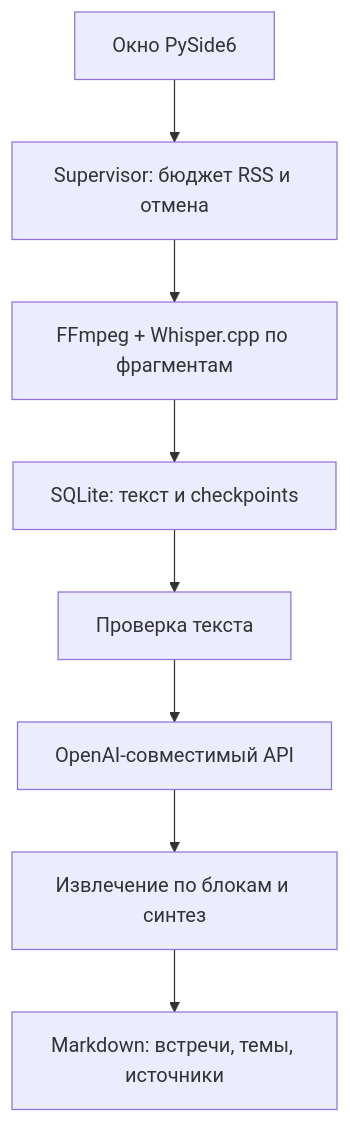
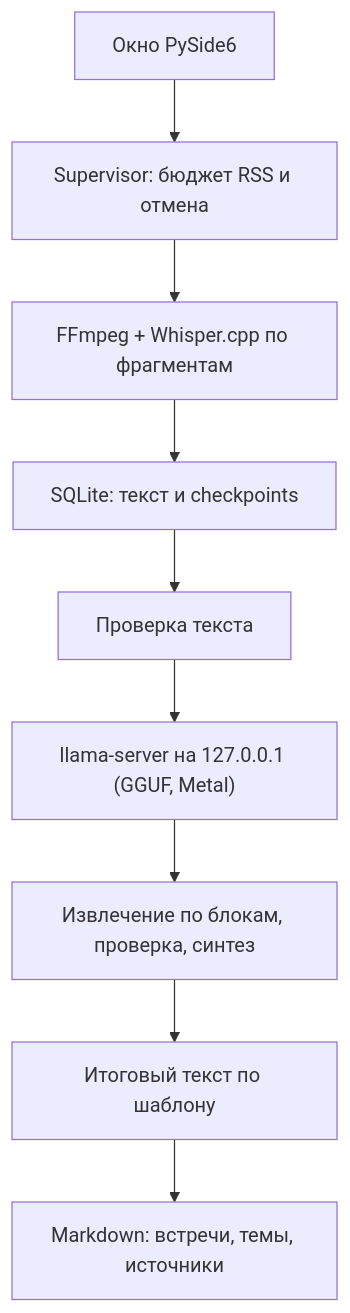
One commit to Igibaev/samarizator changed the diagram in docs/architecture.md. Above: the diagram before and after it, drawn with Mermaid. The commit also changed other lines of this file and 7 other files, not shown here.

````diff
--- a/docs/architecture.md
+++ b/docs/architecture.md
@@ -3,10 +3,11 @@
 ```mermaid
 flowchart TD
     UI["Окно PySide6"] --> W["Supervisor: бюджет RSS и отмена"]
     W --> A["FFmpeg + Whisper.cpp по фрагментам"]
     A --> DB["SQLite: текст и checkpoints"]
     DB --> R["Проверка текста"]
-    R --> C["OpenAI-совместимый API"]
-    C --> S["Извлечение по блокам и синтез"]
-    S --> KB["Markdown: встречи, темы, источники"]
+    R --> C["llama-server на 127.0.0.1 (GGUF, Metal)"]
+    C --> S["Извлечение по блокам, проверка, синтез"]
+    S --> F["Итоговый текст по шаблону"]
+    F --> KB["Markdown: встречи, темы, источники"]
 ```
````
